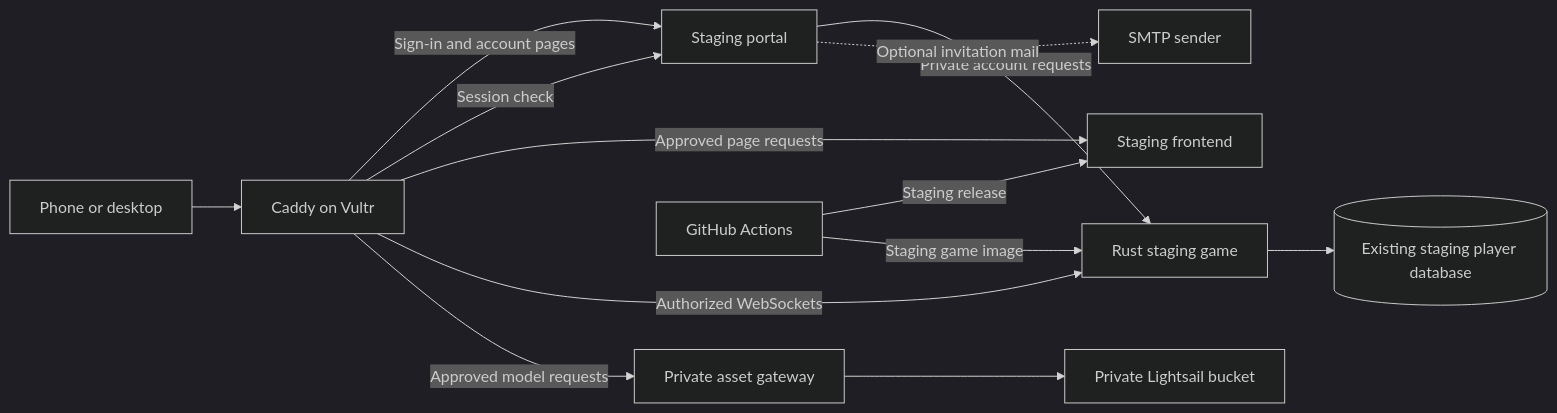
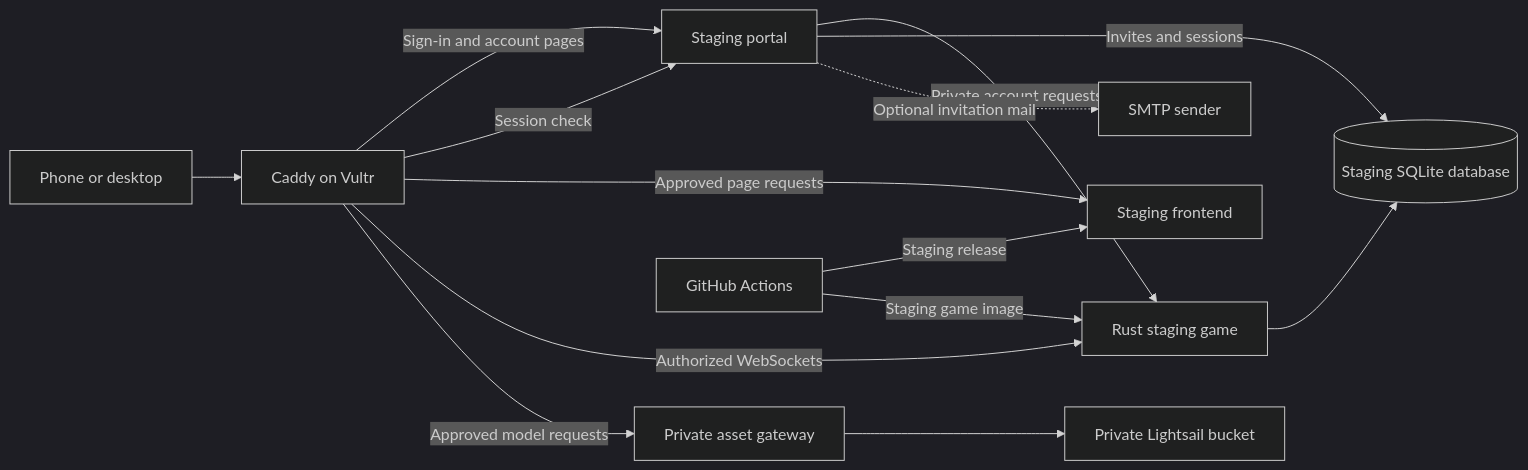
One commit to Avensky/Avensky changed the diagram in docs/STAGING_UNIFIED_SIGN_IN.md. Above: the diagram before and after it, drawn with Mermaid (dark theme). The commit also changed other lines of this file and 17 other files, not shown here.

Commit message:
Serve one staging sign-in backed by the physical player database

````diff
--- a/docs/STAGING_UNIFIED_SIGN_IN.md
+++ b/docs/STAGING_UNIFIED_SIGN_IN.md
@@ -7,15 +7,16 @@
 ```mermaid
 flowchart LR
     Browser[Phone or desktop] --> Caddy[Caddy on Vultr]
     Caddy -->|Sign-in and account pages| Portal[Staging portal]
     Portal -->|Private account requests| Game[Rust staging game]
-    Game --> Profiles[(Existing staging player database)]
+    Game --> Profiles[(Staging SQLite database)]
+    Portal -->|Invites and sessions| Profiles
     Caddy -->|Session check| Portal
     Caddy -->|Approved page requests| Site[Staging frontend]
     Caddy -->|Authorized WebSockets| Game
     Caddy -->|Approved model requests| Assets[Private asset gateway]
     Assets --> Lightsail[Private Lightsail bucket]
     Portal -. Optional invitation mail .-> Relay[SMTP sender]
     GitHub[GitHub Actions] -->|Staging release| Site
     GitHub -->|Staging game image| Game
 ```
````
